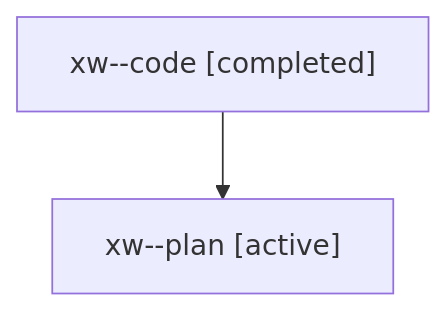
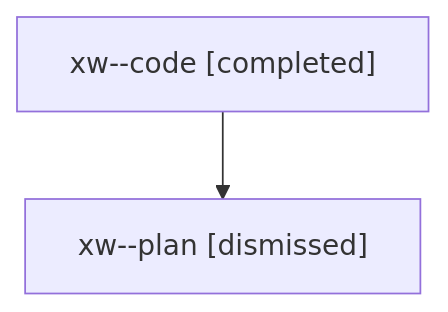
Before and after one commit to sase-org/sase--agents: the diagram in sessions/bbugyi200.athena.xw.md, drawn with Mermaid. The commit also changed other lines of this file and 30 other files, not shown here.

````diff
--- a/sessions/bbugyi200.athena.xw.md
+++ b/sessions/bbugyi200.athena.xw.md
@@ -9,6 +9,6 @@
 ```mermaid
 flowchart TD
   n0["xw--code [completed]"]
-  n1["xw--plan [active]"]
+  n1["xw--plan [dismissed]"]
   n0 --> n1
 ```
````
